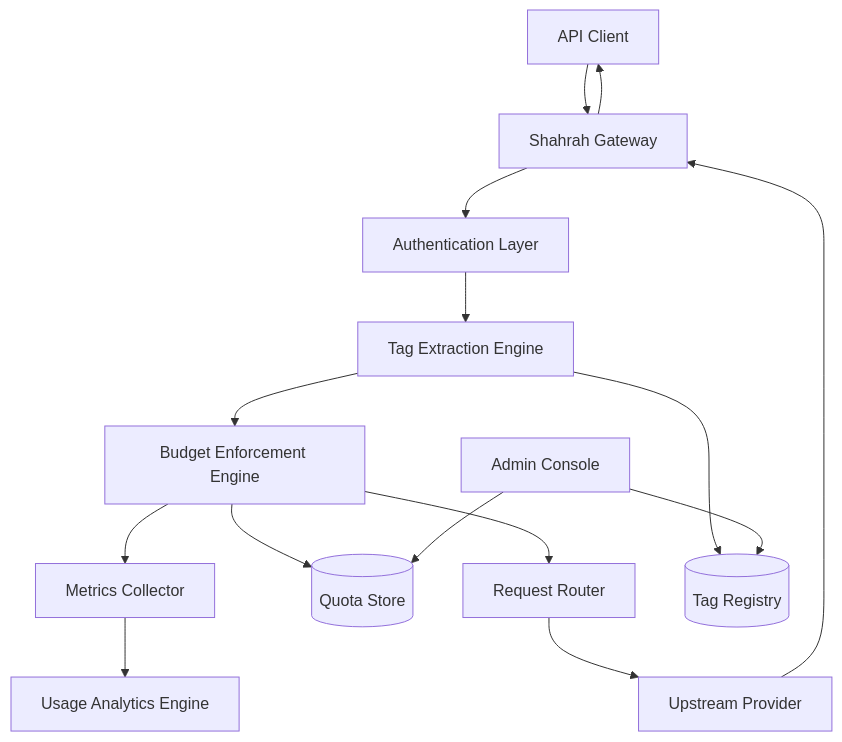
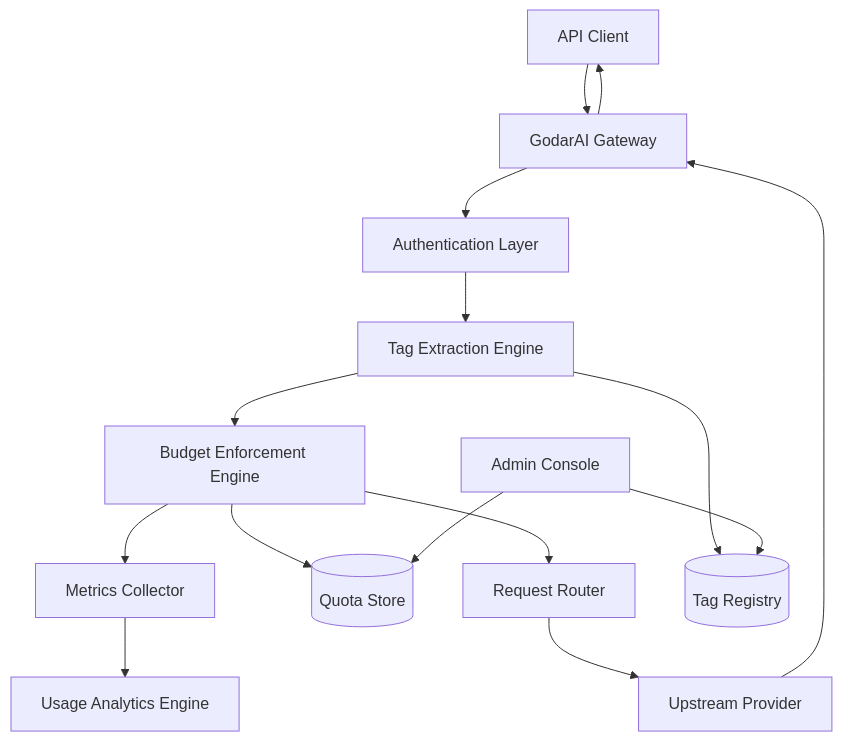
The first of 10 diagrams in plans/shahrah-tag-budget-architecture.md (godarai-ir/Shahrah), drawn with Mermaid before and after one commit. The commit also changed 38 other files, not shown here.

Commit message:
chore(plans): renaming Shahrah to GodarAI

````diff
--- a/plans/shahrah-tag-budget-architecture.md
+++ b/plans/shahrah-tag-budget-architecture.md
@@ -25,19 +25,19 @@
 ```mermaid
 graph TB
-    Client[API Client] --> Gateway[Shahrah Gateway]
+    Client[API Client] --> Gateway[GodarAI Gateway]
     Gateway --> Auth[Authentication Layer]
     Auth --> TagParser[Tag Extraction Engine]
     TagParser --> BudgetChecker[Budget Enforcement Engine]
     BudgetChecker --> Router[Request Router]
     Router --> Provider[Upstream Provider]
     Provider --> Gateway
     Gateway --> Client
     
     BudgetChecker --> QuotaStore[(Quota Store)]
     BudgetChecker --> MetricsCollector[Metrics Collector]
     TagParser --> TagRegistry[(Tag Registry)]
     MetricsCollector --> Analytics[Usage Analytics Engine]
     
     Admin[Admin Console] --> TagRegistry
     Admin --> QuotaStore
 ```
````
